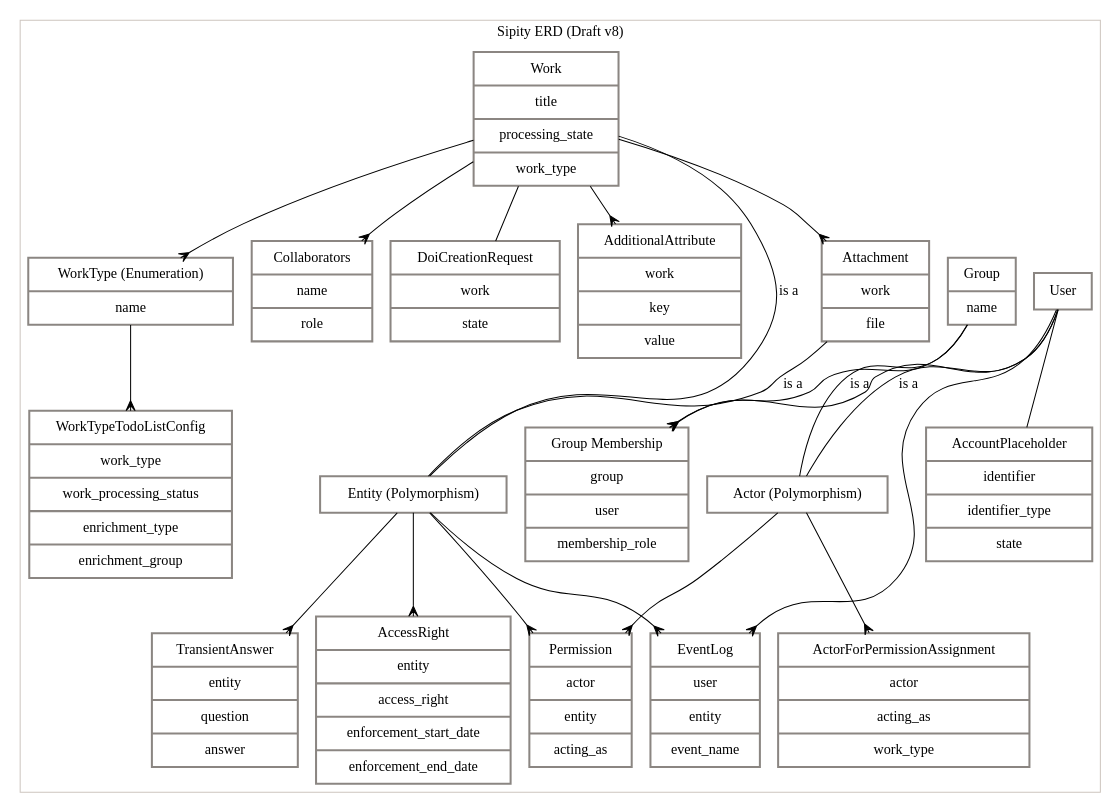
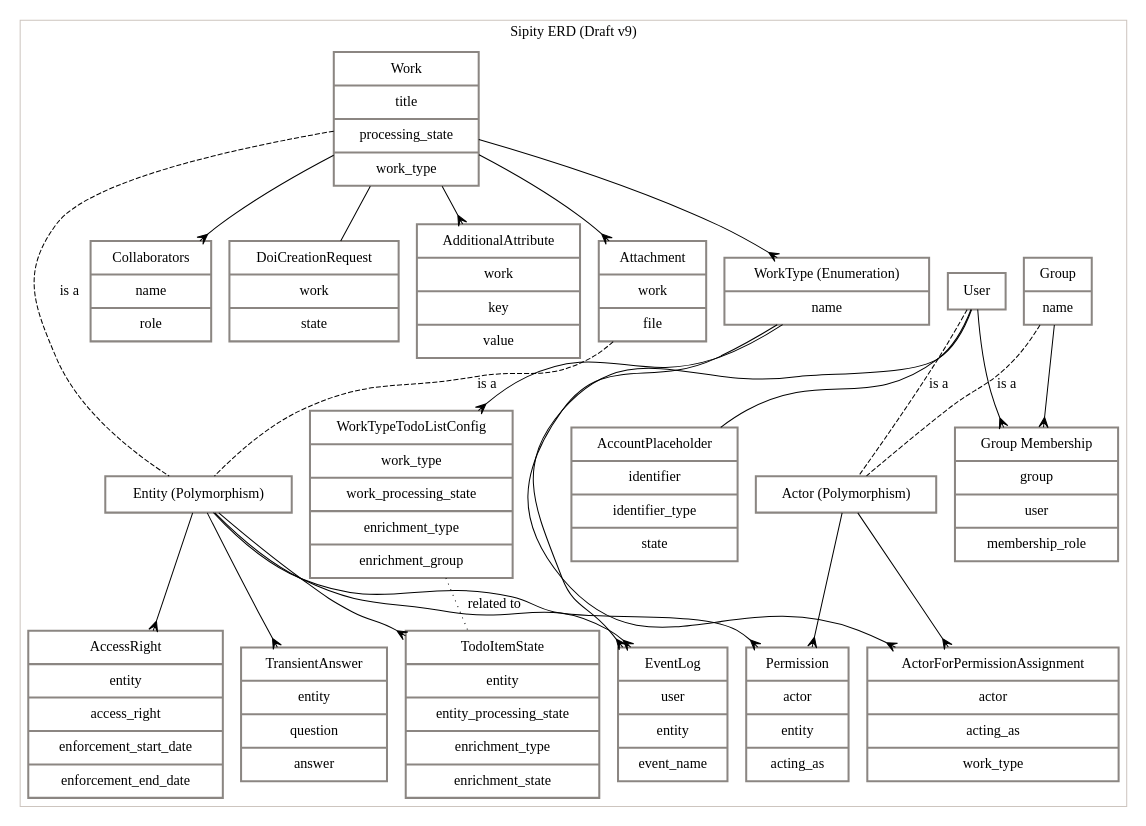
One commit to scholarworks/sipity changed the diagram in artifacts/sipity-erd.dot. Above: the diagram before and after it, drawn with Graphviz.

Commit message:
Updating Sipity ERD
[skip ci]

```diff
--- a/artifacts/sipity-erd.dot
+++ b/artifacts/sipity-erd.dot
@@ -1,57 +1,61 @@
 digraph "G" {
     compound=true;
     node[color="grey15" shape=record penwidth=2 margin="0.15, 0.125"];
 
     subgraph cluster_0 {
-        label="Sipity ERD (Draft v8)"
+        label="Sipity ERD (Draft v9)"
         color="seashell3"
         node[style=filled fillcolor=white color="seashell4"]
         edge[arrowhead="crow"]
 
         user[label="{ User }"]
         group_entity[label="{ Group | name }"]
         group_membership[label="{ Group Membership | group | user | membership_role }"]
         work[label="{ Work | title | processing_state | work_type }"]
         work_type[label="{ WorkType (Enumeration)| name }"]
         event_log[label="{ EventLog | user | entity | event_name }"]
         permission[label="{ Permission | actor | entity | acting_as }"]
         collaborators[label="{ Collaborators | name | role }"]
         account_placeholder[label="{ AccountPlaceholder | identifier | identifier_type | state }"]
         doi_creation_request[label="{ DoiCreationRequest | work | state }"]
         additional_attributes[label="{ AdditionalAttribute | work | key | value }"]
         ActorForPermissionAssignment[label="{ ActorForPermissionAssignment | actor | acting_as | work_type }"]
         AccessRight[label="{ AccessRight | entity | access_right | enforcement_start_date | enforcement_end_date }"]
         TransientAnswer[label="{ TransientAnswer | entity | question | answer }"]
         attachment[label="{ Attachment | work | file }"]
         entity[label="Entity (Polymorphism)"]
         actor[label="Actor (Polymorphism)"]
-        WorkTypeTodoListConfig[label="{ WorkTypeTodoListConfig | work_type | work_processing_status | enrichment_type | enrichment_group }"]
+        WorkTypeTodoListConfig[label="{ WorkTypeTodoListConfig | work_type | work_processing_state | enrichment_type | enrichment_group }"]
+        TodoItemState [label="{ TodoItemState | entity | entity_processing_state | enrichment_type | enrichment_state }"]
 
         user -> group_membership
         group_entity -> group_membership
         work -> attachment
         work -> work_type
         work_type -> WorkTypeTodoListConfig
+        work_type -> ActorForPermissionAssignment
 
-        attachment -> entity[label="is a" arrowhead=none]
-        work -> entity[label="is a" arrowhead=none]
+        attachment -> entity[label="is a" arrowhead=none style="dashed"]
+        work -> entity[label="is a" arrowhead=none style="dashed"]
+        WorkTypeTodoListConfig -> TodoItemState[label="related to" arrowhead=none style="dotted"]
 
         entity -> AccessRight
         entity -> TransientAnswer
         entity -> permission
         entity -> event_log
+        entity -> TodoItemState
 
-        group_entity -> actor[label="is a" arrowhead=none]
-        user -> actor[label="is a" arrowhead=none]
+        group_entity -> actor[label="is a" arrowhead=none style="dashed"]
+        user -> actor[label="is a" arrowhead=none style="dashed"]
         user -> event_log
 
         actor -> ActorForPermissionAssignment
         actor -> permission
 
         work -> collaborators
         work -> additional_attributes
         work -> doi_creation_request[arrowhead=none]
         user -> account_placeholder[arrowhead=none]
     }
 
 }
```
